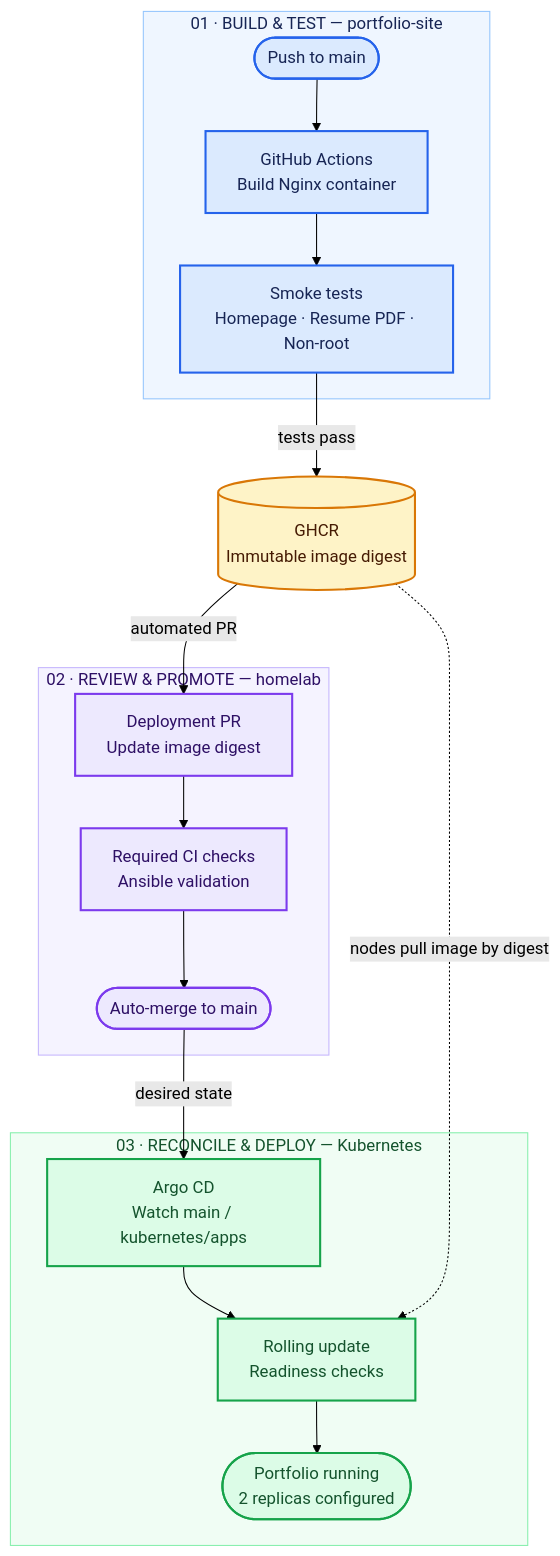
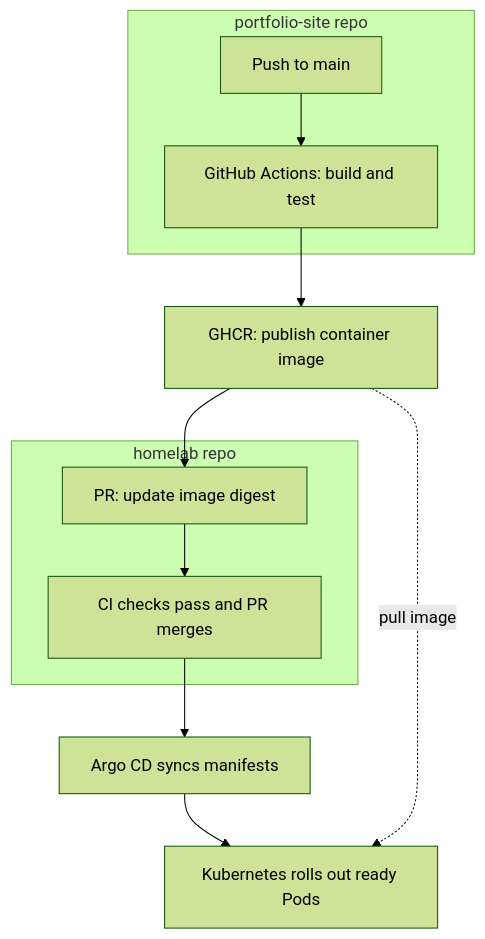
The first of 2 diagrams in README.md (TolgaBilgis/portfolio-site), drawn with Mermaid (forest theme) before and after one commit. The commit also changed other lines of this file, not shown here.

Commit message:
docs: simplify pipeline diagrams

````diff
--- a/README.md
+++ b/README.md
@@ -15,35 +13,14 @@
 ```mermaid
 flowchart TB
-    subgraph SOURCE["01 · BUILD & TEST — portfolio-site"]
-        A(["Push to main"]) --> B["GitHub Actions<br/>Build Nginx container"]
-        B --> C["Smoke tests<br/>Homepage · Resume PDF · Non-root"]
+    subgraph APP["portfolio-site repo"]
+        A["Push to main"] --> B["GitHub Actions: build and test"]
     end
-
-    C -->|"tests pass"| D[("GHCR<br/>Immutable image digest")]
-
-    subgraph CONFIG["02 · REVIEW & PROMOTE — homelab"]
-        E["Deployment PR<br/>Update image digest"] --> F["Required CI checks<br/>Ansible validation"]
-        F --> G(["Auto-merge to main"])
+    B --> C["GHCR: publish container image"]
+    subgraph INFRA["homelab repo"]
+        D["PR: update image digest"] --> E["CI checks pass and PR merges"]
     end
-    D -->|"automated PR"| E
-
-    subgraph CLUSTER["03 · RECONCILE & DEPLOY — Kubernetes"]
-        H["Argo CD<br/>Watch main / kubernetes/apps"]
-        H --> I["Rolling update<br/>Readiness checks"]
-        I --> J(["Portfolio running<br/>2 replicas configured"])
-    end
-    G -->|"desired state"| H
-    D -.->|"nodes pull image by digest"| I
-
-    classDef source fill:#dbeafe,stroke:#2563eb,color:#172554,stroke-width:2px;
-    classDef registry fill:#fef3c7,stroke:#d97706,color:#451a03,stroke-width:2px;
-    classDef config fill:#ede9fe,stroke:#7c3aed,color:#2e1065,stroke-width:2px;
-    classDef runtime fill:#dcfce7,stroke:#16a34a,color:#14532d,stroke-width:2px;
-    class A,B,C source;
-    class D registry;
-    class E,F,G config;
-    class H,I,J runtime;
-    style SOURCE fill:#eff6ff,stroke:#93c5fd,color:#172554
-    style CONFIG fill:#f5f3ff,stroke:#c4b5fd,color:#2e1065
-    style CLUSTER fill:#f0fdf4,stroke:#86efac,color:#14532d
+    C --> D
+    E --> F["Argo CD syncs manifests"]
+    F --> G["Kubernetes rolls out ready Pods"]
+    C -.->|"pull image"| G
 ```
````
